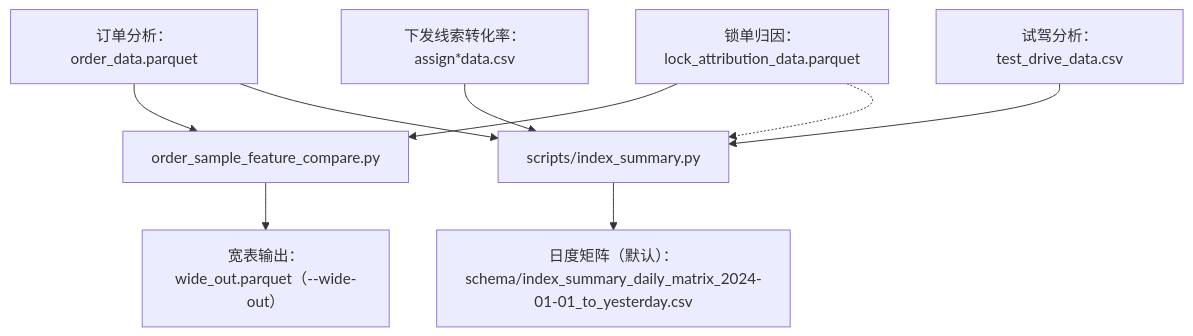
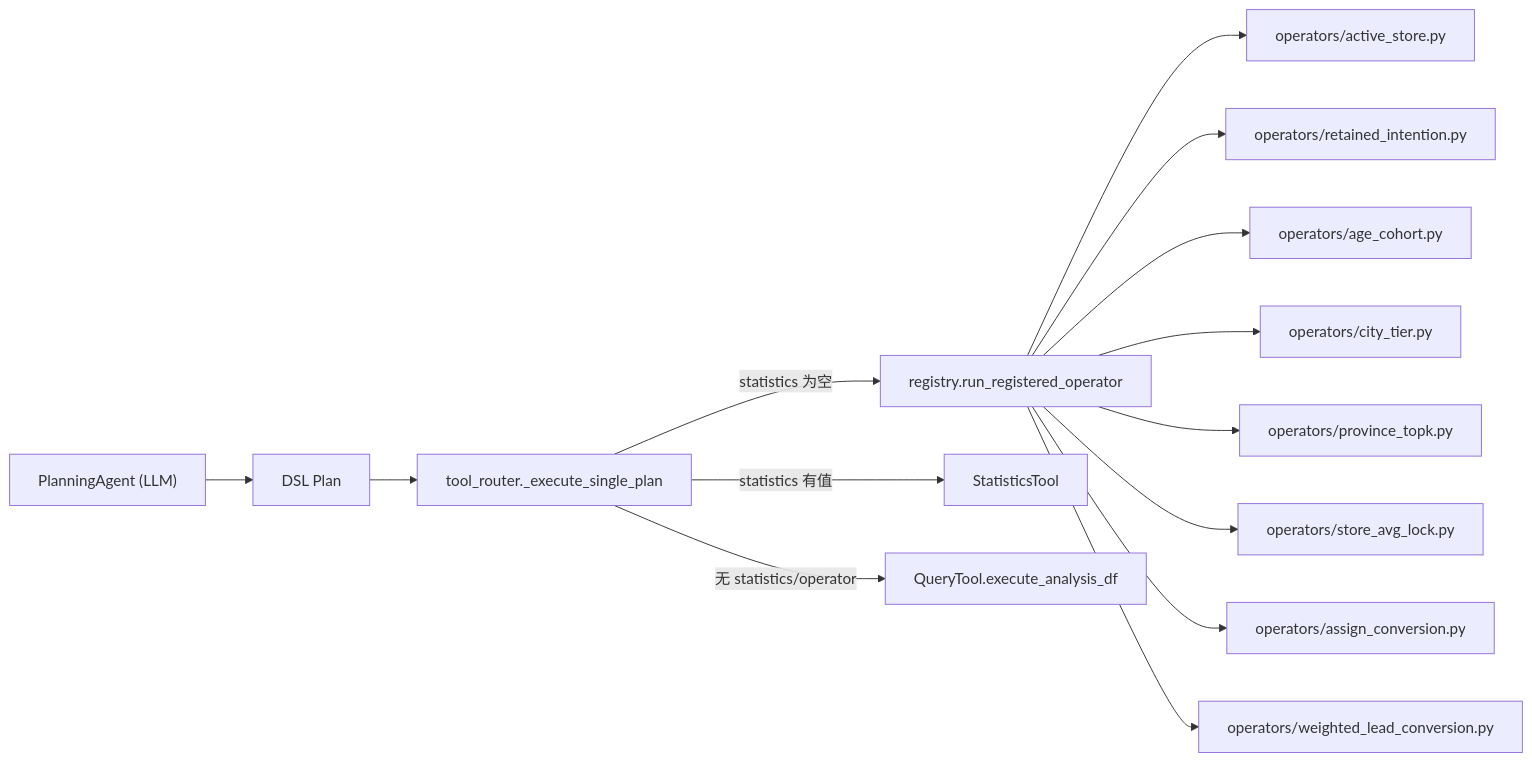
One commit to zhangzihaoDT/mashang-service changed the diagram in schema/data_path.md. Above: the diagram before and after it, drawn with Mermaid. The commit also changed other lines of this file and 5 other files, not shown here.

Commit message:
整理 DSLschema 信息

````diff
--- a/schema/data_path.md
+++ b/schema/data_path.md
@@ -14,12 +16,17 @@
 ```mermaid
-flowchart TB
-  order_data["订单分析：order_data.parquet"] --> osc["order_sample_feature_compare.py"]
-  lock_attr["锁单归因：lock_attribution_data.parquet"] --> osc
-  osc --> wide["宽表输出：wide_out.parquet（--wide-out）"]
-
-  assign_data["下发线索转化率：assign*data.csv"] --> index_summary["scripts/index_summary.py"]
-  order_data --> index_summary
-  test_drive["试驾分析：test_drive_data.csv"] --> index_summary
-  lock_attr -.-> index_summary
-  index_summary --> daily_matrix["日度矩阵（默认）：schema/index_summary_daily_matrix_2024-01-01_to_yesterday.csv"]
+flowchart LR
+  planner["PlanningAgent (LLM)"] --> plan["DSL Plan"]
+  plan --> router["tool_router._execute_single_plan"]
+  router -->|statistics 为空| op_router["registry.run_registered_operator"]
+  router -->|statistics 有值| stats["StatisticsTool"]
+  router -->|无 statistics/operator| dsl["QueryTool.execute_analysis_df"]
+  
+  op_router --> active_store["operators/active_store.py"]
+  op_router --> retained["operators/retained_intention.py"]
+  op_router --> age["operators/age_cohort.py"]
+  op_router --> city["operators/city_tier.py"]
+  op_router --> province["operators/province_topk.py"]
+  op_router --> avg_lock["operators/store_avg_lock.py"]
+  op_router --> assign_conv["operators/assign_conversion.py"]
+  op_router --> weighted["operators/weighted_lead_conversion.py"]
 ```
````
